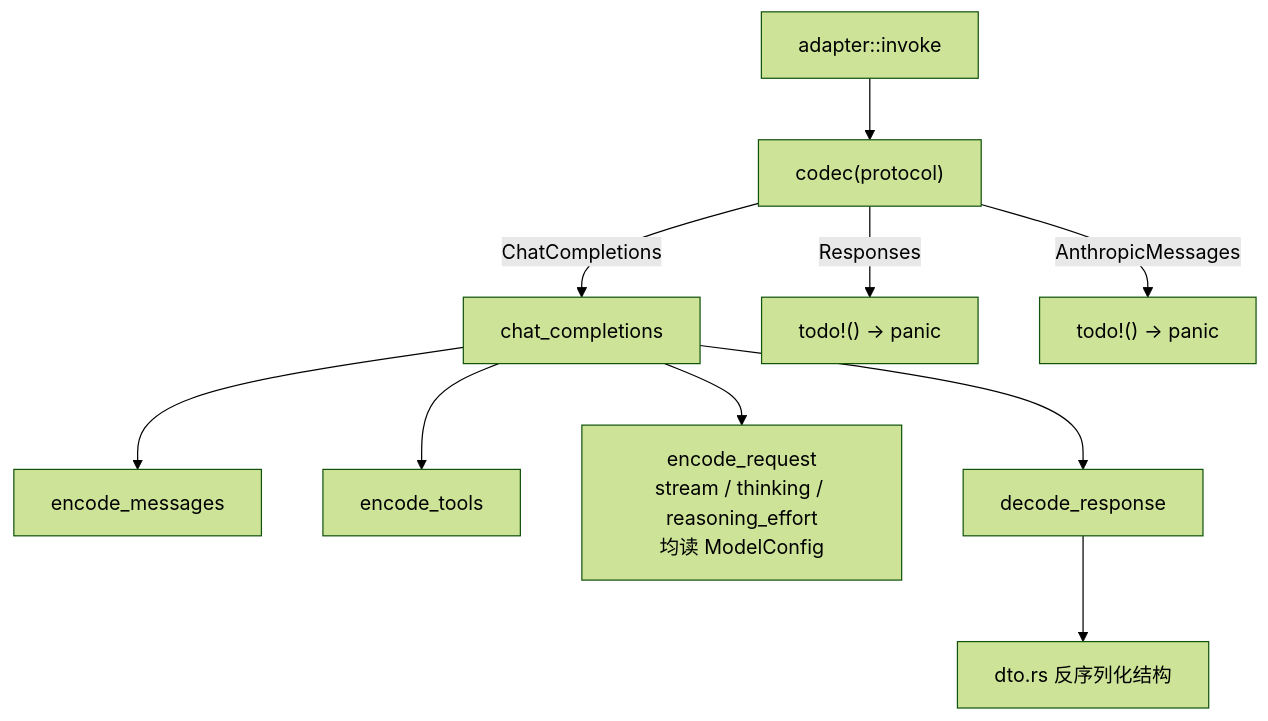
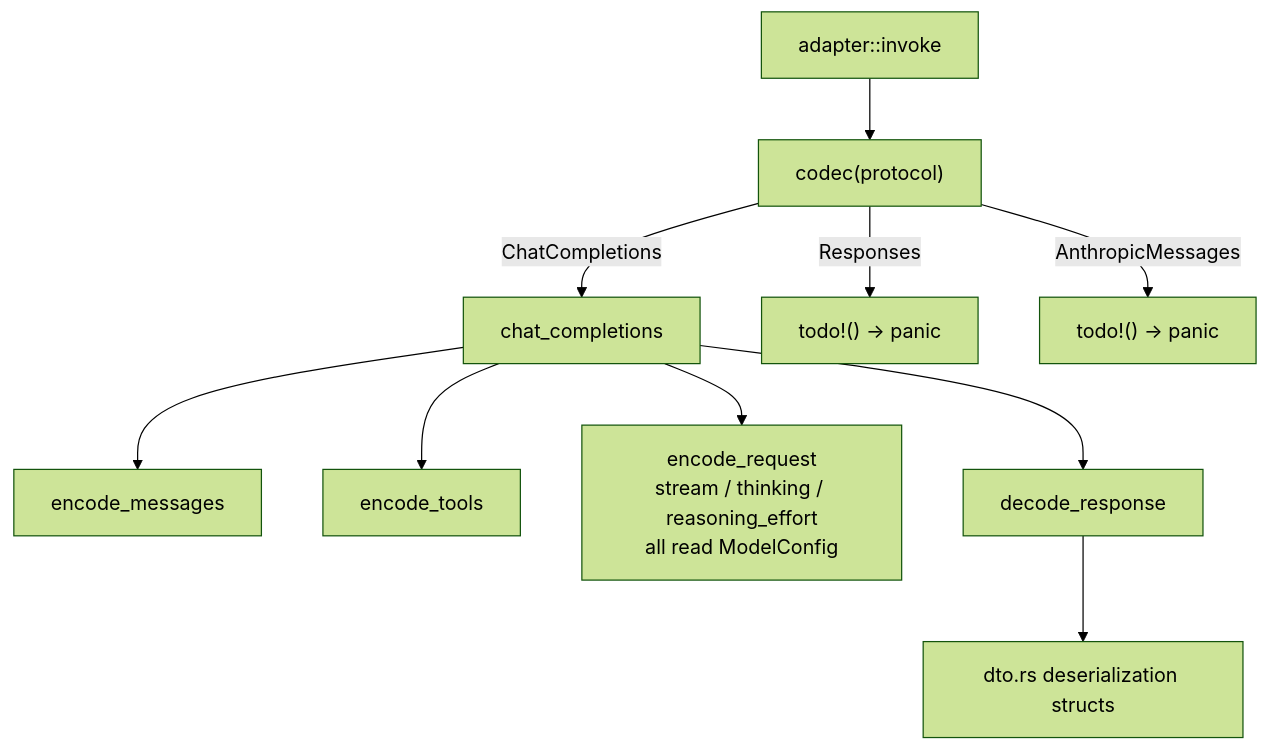
The seventh of 9 diagrams in docs/architecture.md (Seann0824/Shirley), drawn with Mermaid (forest theme) before and after one commit. The commit also changed other lines of this file and 131 other files, not shown here.

````diff
--- a/docs/architecture.md
+++ b/docs/architecture.md
@@ -152,12 +152,12 @@
 ```mermaid
 graph TD
     INV["adapter::invoke"] --> CODEC["codec(protocol)"]
     CODEC -->|ChatCompletions| CC["chat_completions"]
     CODEC -->|Responses| P1["todo!() → panic"]
     CODEC -->|AnthropicMessages| P2["todo!() → panic"]
     CC --> EM["encode_messages"]
     CC --> ET["encode_tools"]
-    CC --> ER["encode_request<br/>stream / thinking / reasoning_effort<br/>均读 ModelConfig"]
+    CC --> ER["encode_request<br/>stream / thinking / reasoning_effort<br/>all read ModelConfig"]
     CC --> DR["decode_response"]
-    DR --> DTO["dto.rs 反序列化结构"]
+    DR --> DTO["dto.rs deserialization structs"]
 ```
````
